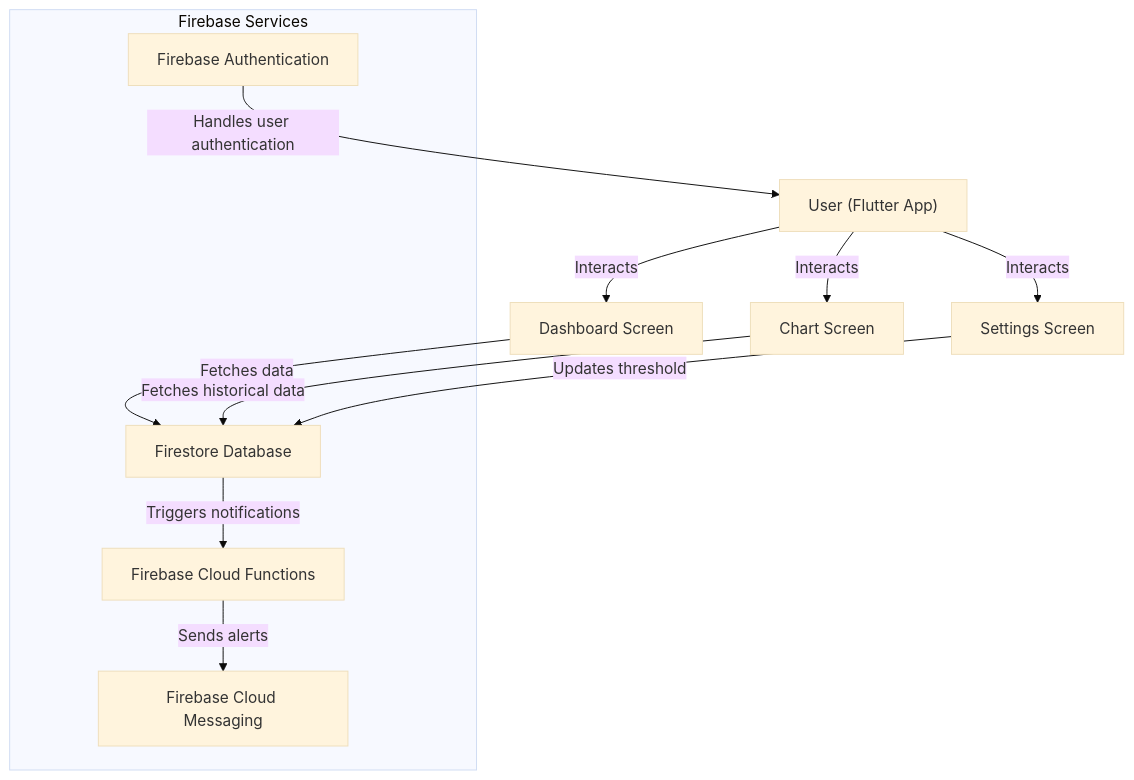
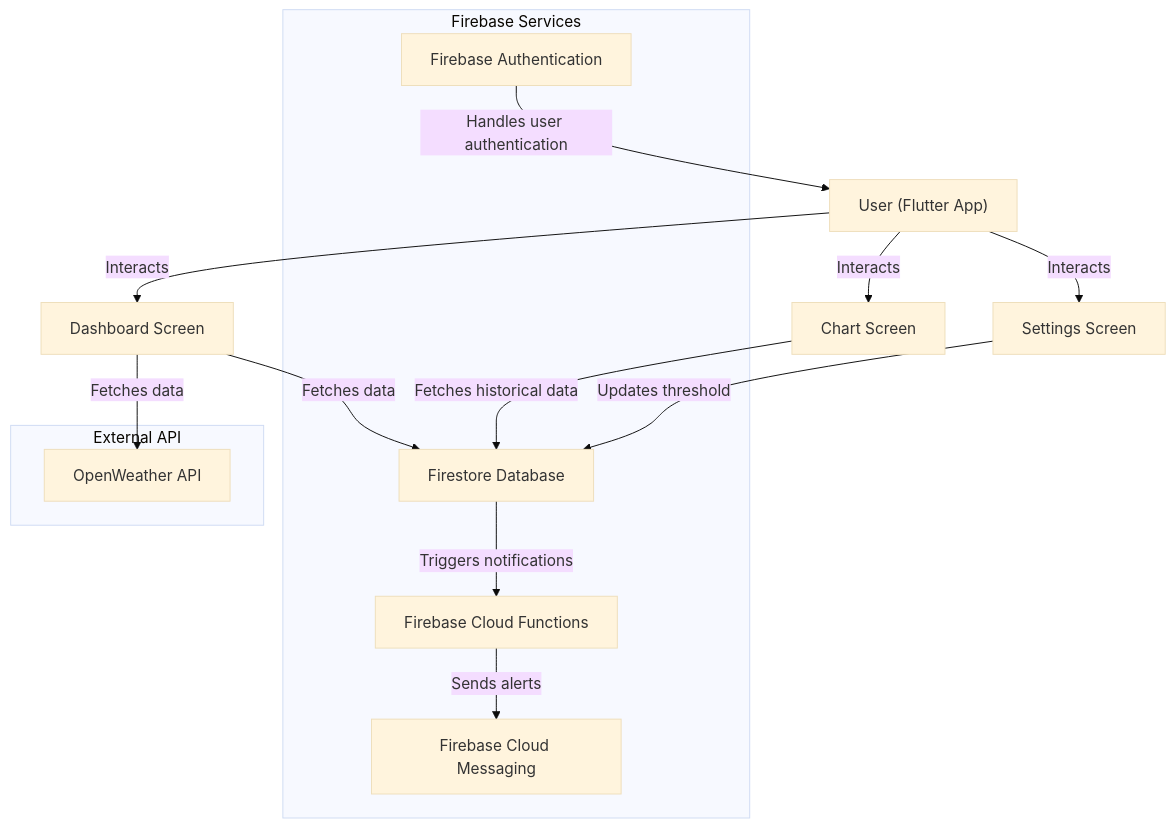
The first of 2 diagrams in README.md (taitran501/air_track), drawn with Mermaid (base theme) before and after one commit. The commit also changed other lines of this file, not shown here.

````diff
--- a/README.md
+++ b/README.md
@@ -10,21 +12,26 @@
 ```mermaid
 graph TD;
 
     User["User (Flutter App)"] -->|Interacts| Dashboard["Dashboard Screen"]
     User -->|Interacts| Chart["Chart Screen"]
     User -->|Interacts| Settings["Settings Screen"]
 
     subgraph Firebase Services
         Firestore["Firestore Database"]
         CloudFunctions["Firebase Cloud Functions"]
         FCM["Firebase Cloud Messaging"]
         Auth["Firebase Authentication"]
     end
 
+    subgraph External API
+        OpenWeather["OpenWeather API"]
+    end
+
     Dashboard -->|Fetches data| Firestore
+    Dashboard -->|Fetches data| OpenWeather
     Chart -->|Fetches historical data| Firestore
     Settings -->|Updates threshold| Firestore
     Firestore -->|Triggers notifications| CloudFunctions
     CloudFunctions -->|Sends alerts| FCM
     Auth -->|Handles user authentication| User
 ```
````
